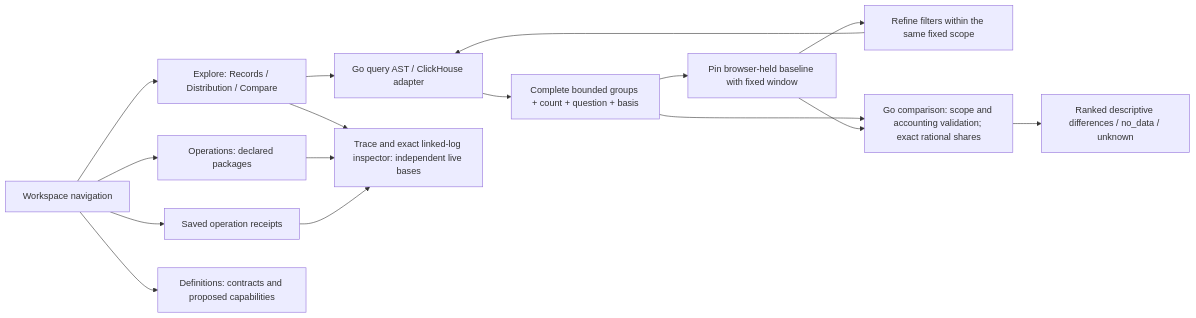
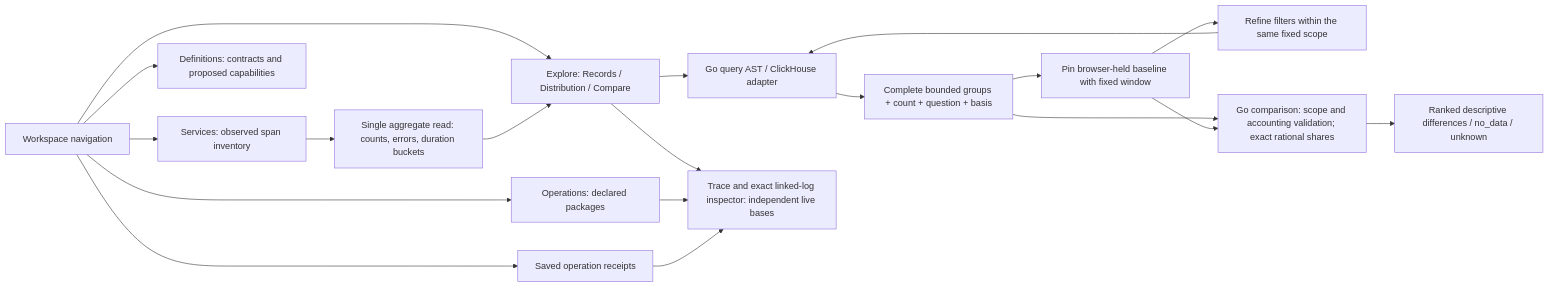
Before and after one commit to casselc/goo: diagram 11 of 18 in docs/ARCHITECTURE_DIAGRAMS.md, drawn with Mermaid. The commit also changed other lines of this file and 125 other files, not shown here.

Commit message:
Add observed service inventory and model-checked investigation handoff

````diff
--- a/docs/ARCHITECTURE_DIAGRAMS.md
+++ b/docs/ARCHITECTURE_DIAGRAMS.md
@@ -368,18 +368,21 @@
 ```mermaid
 flowchart LR
  Nav["Workspace navigation"] --> Explore["Explore: Records / Distribution / Compare"]
+ Nav --> Services["Services: observed span inventory"]
+ Services --> Inventory["Single aggregate read: counts, errors, duration buckets"]
+ Inventory --> Explore
  Nav --> Ops["Operations: declared packages"]
  Nav --> Saved["Saved operation receipts"]
  Nav --> Defs["Definitions: contracts and proposed capabilities"]
  Explore --> Source["Go query AST / ClickHouse adapter"]
  Source --> Capture["Complete bounded groups + count + question + basis"]
  Capture --> Baseline["Pin browser-held baseline with fixed window"]
  Baseline --> Filter["Refine filters within the same fixed scope"]
  Filter --> Source
  Capture --> Compare["Go comparison: scope and accounting validation; exact rational shares"]
  Baseline --> Compare
  Compare --> Result["Ranked descriptive differences / no_data / unknown"]
  Explore --> Inspector["Trace and exact linked-log inspector: independent live bases"]
  Ops --> Inspector
  Saved --> Inspector
 ```
````
